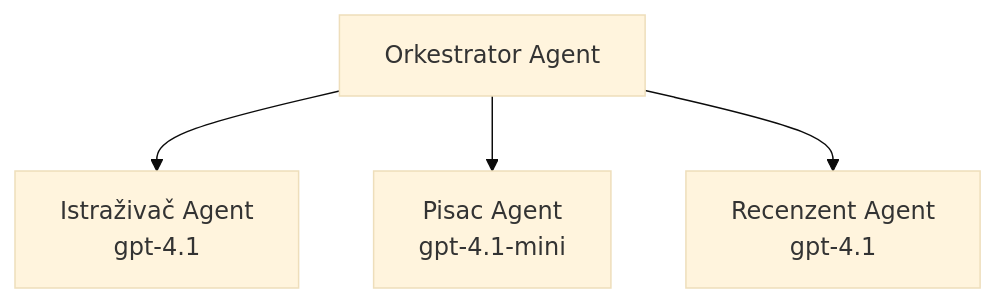
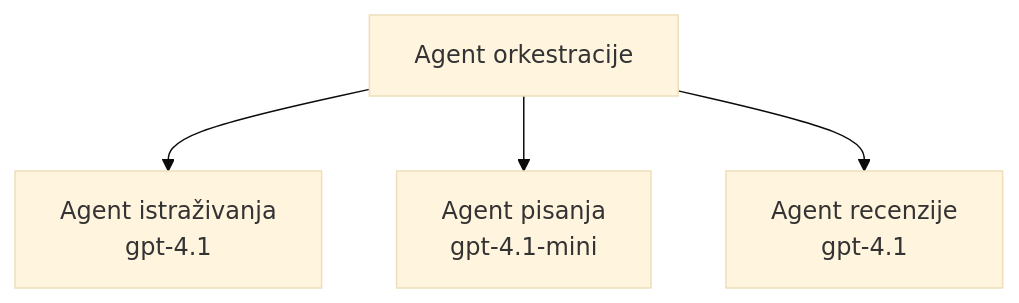
The third of 3 diagrams in translations/hr/docs/chapter-02-ai-development/agents.md (microsoft/AZD-for-beginners), drawn with Mermaid (base theme) before and after one commit. The commit also changed other lines of this file and 60 other files, not shown here.

````diff
--- a/translations/hr/docs/chapter-02-ai-development/agents.md
+++ b/translations/hr/docs/chapter-02-ai-development/agents.md
@@ -201,6 +201,6 @@
 ```mermaid
 graph TD
-    Orchestrator[Orkestrator Agent] --> Research[Istraživač Agent<br/>gpt-4.1]
-    Orchestrator --> Writer[Pisac Agent<br/>gpt-4.1-mini]
-    Orchestrator --> Reviewer[Recenzent Agent<br/>gpt-4.1]
+    Orchestrator[Agent orkestracije] --> Research[Agent istraživanja<br/>gpt-4.1]
+    Orchestrator --> Writer[Agent pisanja<br/>gpt-4.1-mini]
+    Orchestrator --> Reviewer[Agent recenzije<br/>gpt-4.1]
 ```
````
